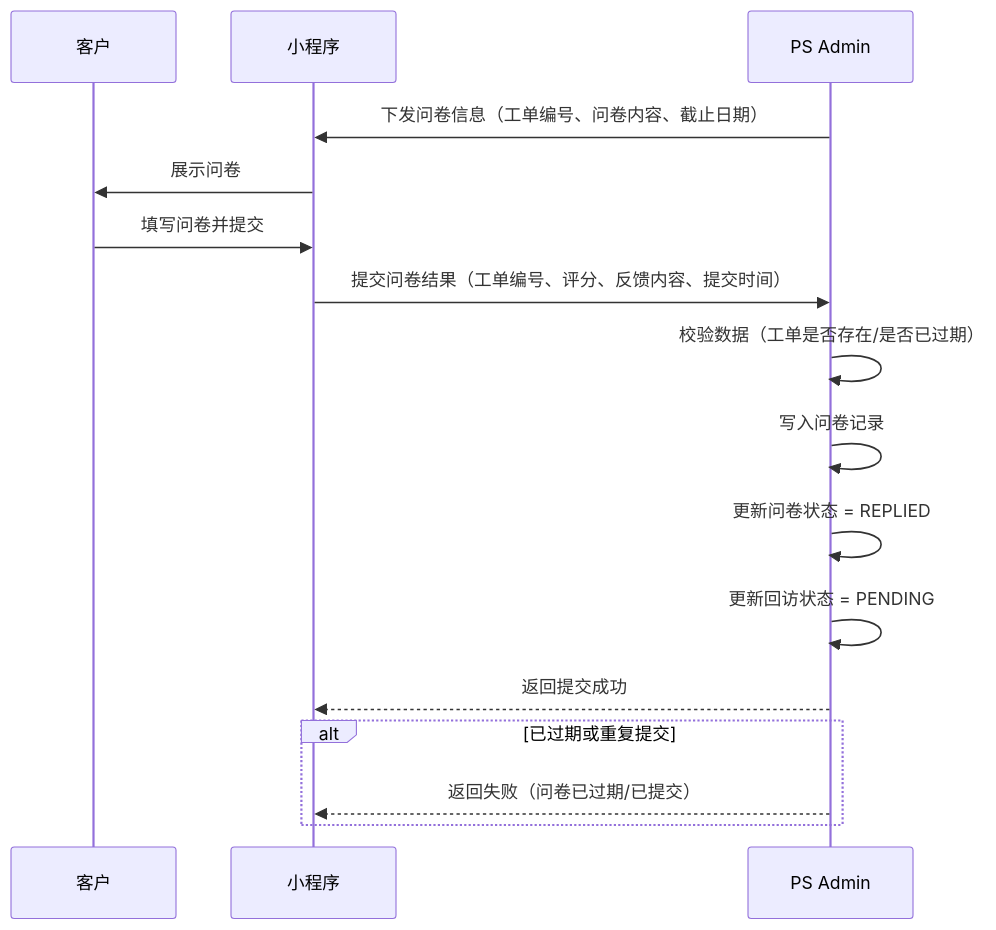
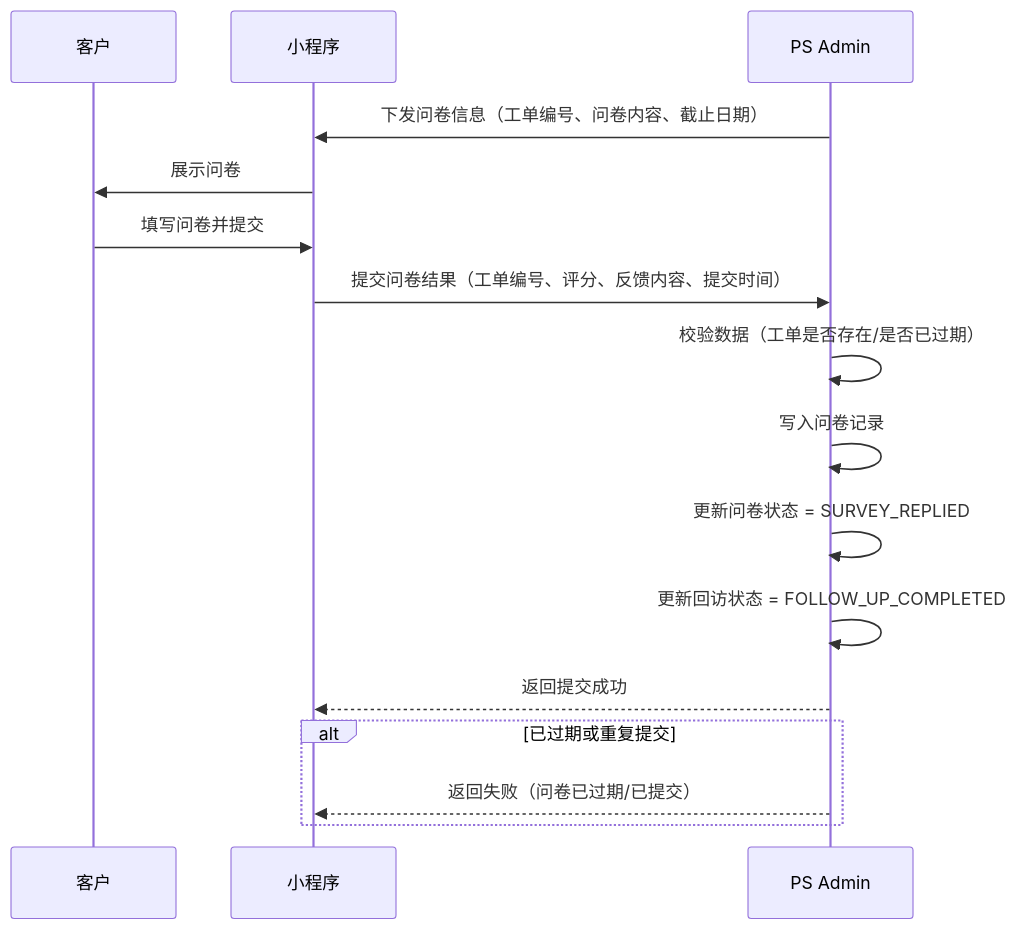
Diagram 17 of 17 in 文档/GM系统需求说明.md (guguohai/gmps), drawn with Mermaid before and after one commit. The commit also changed other lines of this file, not shown here.

````diff
--- a/文档/GM系统需求说明.md
+++ b/文档/GM系统需求说明.md
@@ -825,33 +837,33 @@
 ```mermaid
 sequenceDiagram
 
 participant U as 客户
 participant M as 小程序
 participant A as PS Admin
 
 %% 问卷生成
 A ->> M: 下发问卷信息（工单编号、问卷内容、截止日期）
 M ->> U: 展示问卷
 
 %% 用户填写
 U ->> M: 填写问卷并提交
 
 %% 数据回传
 M ->> A: 提交问卷结果（工单编号、评分、反馈内容、提交时间）
 
 %% 数据处理
 A ->> A: 校验数据（工单是否存在/是否已过期）
 A ->> A: 写入问卷记录
 
 %% 状态更新
-A ->> A: 更新问卷状态 = REPLIED
-A ->> A: 更新回访状态 = PENDING
+A ->> A: 更新问卷状态 = SURVEY_REPLIED
+A ->> A: 更新回访状态 = FOLLOW_UP_COMPLETED
 
 %% 返回结果
 A -->> M: 返回提交成功
 
 %% 异常处理
 alt 已过期或重复提交
 A -->> M: 返回失败（问卷已过期/已提交）
 end
 ```
````
